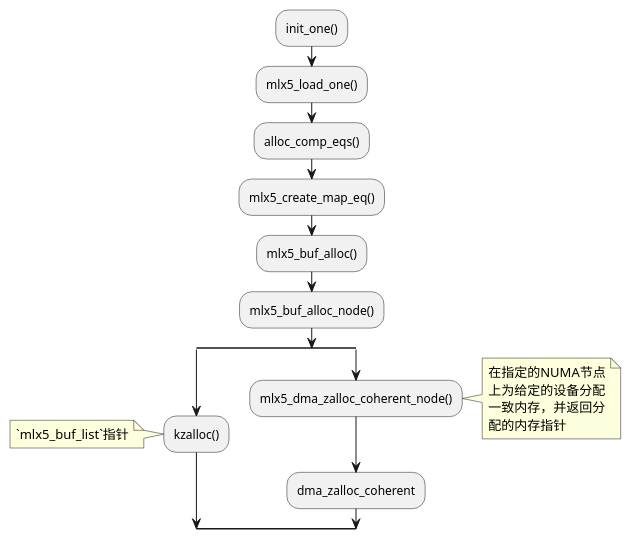
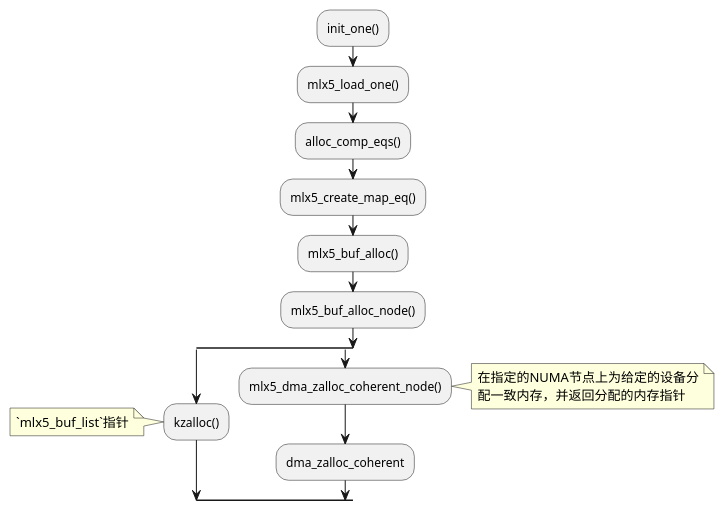
The diagram in docs/topics/time_squeeze_and_netdev_budget.md (kangxiaoning/kangxiaoning.github.io), drawn with PlantUML before and after one commit.

Commit message:
rebuilding site

````diff
--- a/docs/topics/time_squeeze_and_netdev_budget.md
+++ b/docs/topics/time_squeeze_and_netdev_budget.md
@@ -553,25 +553,23 @@
 ```plantuml
 @startuml
 :init_one();
 :mlx5_load_one();
 :alloc_comp_eqs();
 :mlx5_create_map_eq();
 :mlx5_buf_alloc();
 :mlx5_buf_alloc_node();
 split
  :kzalloc();
  note left
   `mlx5_buf_list`指针
  end note
 split again
  :mlx5_dma_zalloc_coherent_node();
  note right
-  在指定的NUMA节点
-  上为给定的设备分配
-  一致内存，并返回分
-  配的内存指针
+  在指定的NUMA节点上为给定的设备分
+  配一致内存，并返回分配的内存指针
  end note
  :dma_zalloc_coherent;
 end split
 @enduml
 ```
````
